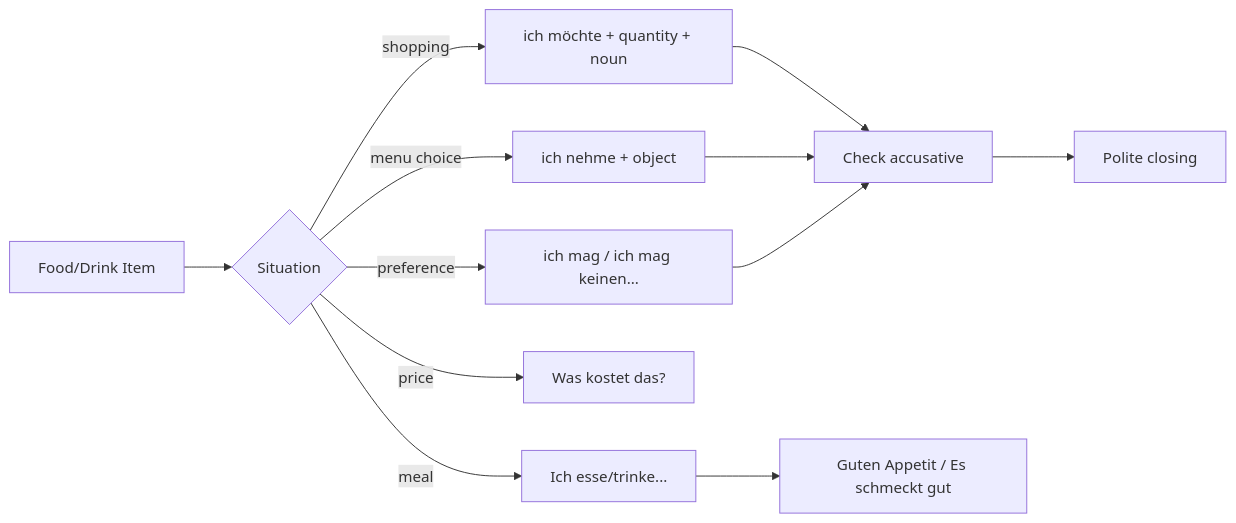
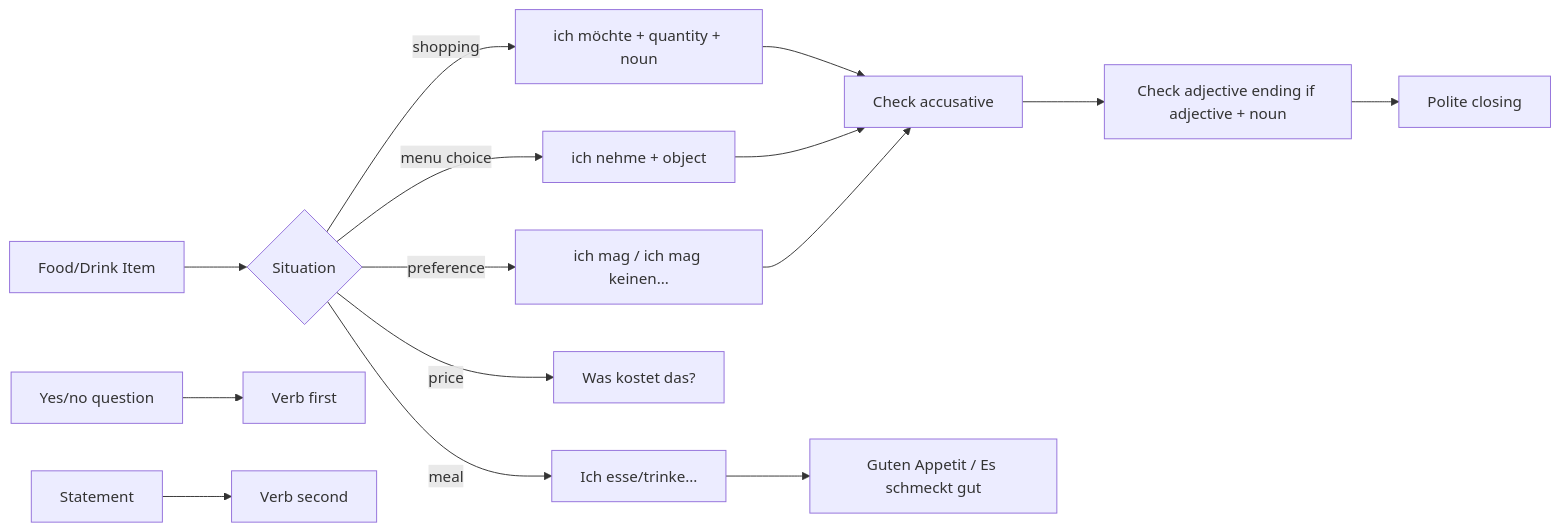
The diagram in german-a1-1/wiki/lektion-04-food-drink-shopping-and-meals/CONTEXT.md (aerkn1/TUM-semester-2), drawn with Mermaid before and after one commit. The commit also changed other lines of this file and 173 other files, not shown here.

````diff
--- a/german-a1-1/wiki/lektion-04-food-drink-shopping-and-meals/CONTEXT.md
+++ b/german-a1-1/wiki/lektion-04-food-drink-shopping-and-meals/CONTEXT.md
@@ -74,14 +92,17 @@
 ```mermaid
 flowchart LR
     A[Food/Drink Item] --> B{Situation}
     B -->|shopping| C[ich möchte + quantity + noun]
     B -->|menu choice| D[ich nehme + object]
     B -->|preference| E[ich mag / ich mag keinen...]
     B -->|price| F[Was kostet das?]
     B -->|meal| G[Ich esse/trinke...]
     C --> H[Check accusative]
     D --> H
     E --> H
-    H --> I[Polite closing]
+    H --> I[Check adjective ending if adjective + noun]
+    I --> K[Polite closing]
     G --> J[Guten Appetit / Es schmeckt gut]
+    L[Yes/no question] --> M[Verb first]
+    N[Statement] --> O[Verb second]
 ```
````
